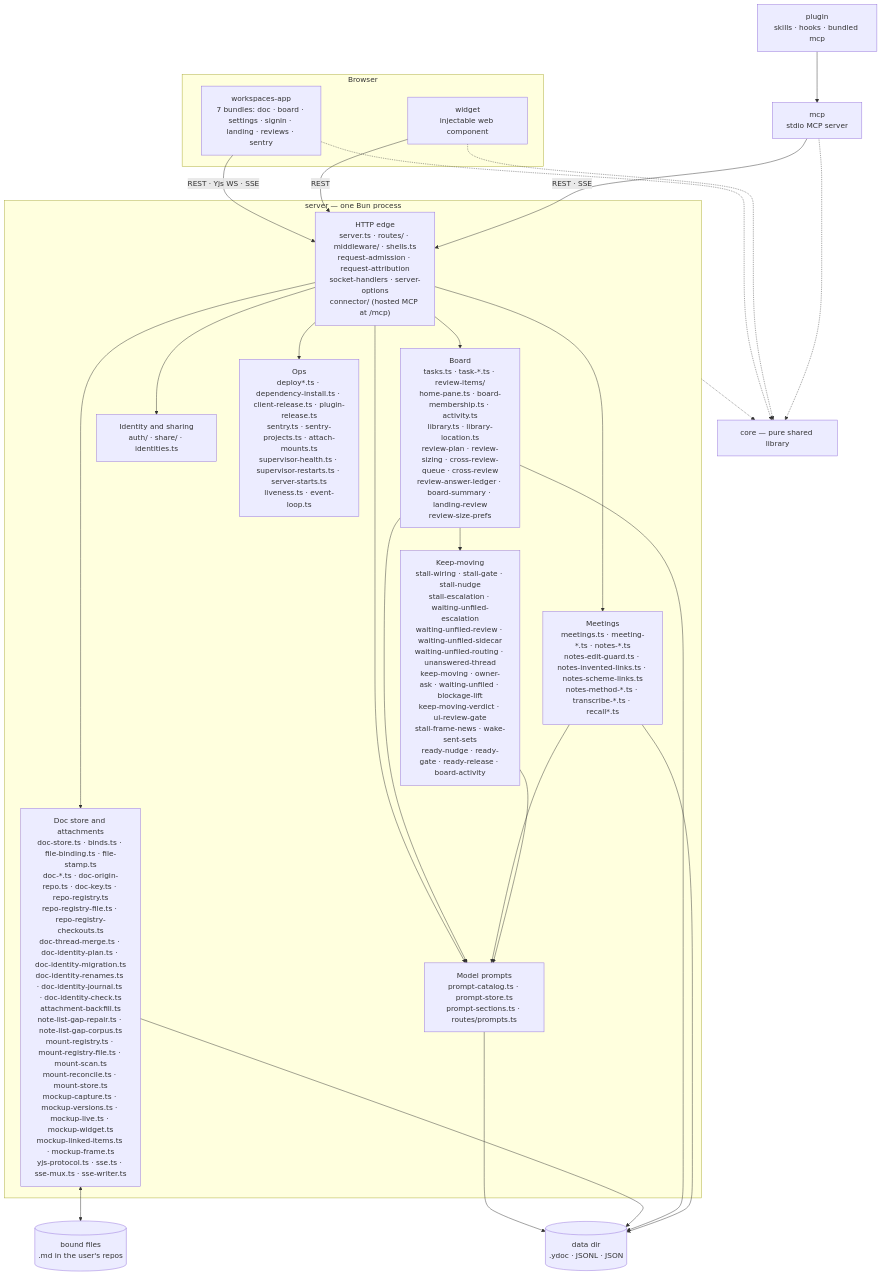
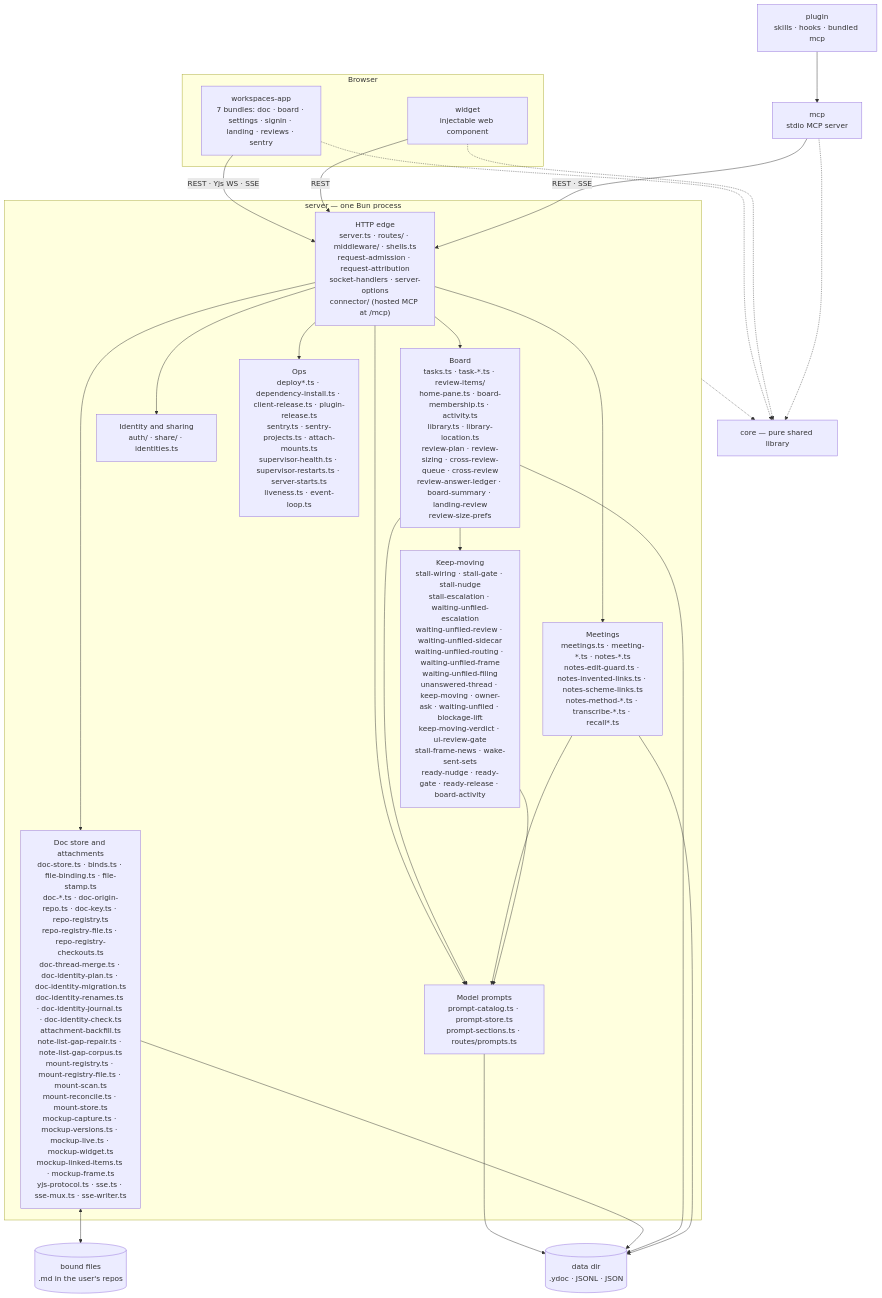
The first of 2 diagrams in docs/architecture/overview.md (fryanpan/claude-workspaces-plugin), drawn with Mermaid before and after one commit. The commit also changed other lines of this file and 34 other files, not shown here.

First line of the commit message:
A row a person owns with nothing filed reaches nobody, and the unfiled item is per board (#1124)

````diff
--- a/docs/architecture/overview.md
+++ b/docs/architecture/overview.md
@@ -45,35 +45,35 @@
 ```mermaid
 flowchart TB
   subgraph browser[Browser]
     app["workspaces-app<br/>7 bundles: doc · board · settings · signin · landing · reviews · sentry"]
     wid["widget<br/>injectable web component"]
   end
   plug["plugin<br/>skills · hooks · bundled mcp"]
   mcp["mcp<br/>stdio MCP server"]
   subgraph srv["server — one Bun process"]
     edge["HTTP edge<br/>server.ts · routes/ · middleware/ · shells.ts<br/>request-admission · request-attribution<br/>socket-handlers · server-options<br/>connector/ (hosted MCP at /mcp)"]
     docs["Doc store and attachments<br/>doc-store.ts · binds.ts · file-binding.ts · file-stamp.ts<br/>doc-*.ts · doc-origin-repo.ts · doc-key.ts · repo-registry.ts<br/>repo-registry-file.ts · repo-registry-checkouts.ts<br/>doc-thread-merge.ts · doc-identity-plan.ts · doc-identity-migration.ts<br/>doc-identity-renames.ts · doc-identity-journal.ts · doc-identity-check.ts<br/>attachment-backfill.ts<br/>note-list-gap-repair.ts · note-list-gap-corpus.ts<br/>mount-registry.ts · mount-registry-file.ts · mount-scan.ts<br/>mount-reconcile.ts · mount-store.ts<br/>mockup-capture.ts · mockup-versions.ts · mockup-live.ts · mockup-widget.ts<br/>mockup-linked-items.ts · mockup-frame.ts<br/>yjs-protocol.ts · sse.ts · sse-mux.ts · sse-writer.ts"]
     board["Board<br/>tasks.ts · task-*.ts · review-items/<br/>home-pane.ts · board-membership.ts · activity.ts<br/>library.ts · library-location.ts<br/>review-plan · review-sizing · cross-review-queue · cross-review<br/>review-answer-ledger · board-summary · landing-review<br/>review-size-prefs"]
     meet["Meetings<br/>meetings.ts · meeting-*.ts · notes-*.ts<br/>notes-edit-guard.ts · notes-invented-links.ts · notes-scheme-links.ts<br/>notes-method-*.ts · transcribe-*.ts · recall*.ts"]
-    keep["Keep-moving<br/>stall-wiring · stall-gate · stall-nudge<br/>stall-escalation · waiting-unfiled-escalation<br/>waiting-unfiled-review · waiting-unfiled-sidecar<br/>waiting-unfiled-routing · unanswered-thread<br/>keep-moving · owner-ask · waiting-unfiled · blockage-lift<br/>keep-moving-verdict · ui-review-gate<br/>stall-frame-news · wake-sent-sets<br/>ready-nudge · ready-gate · ready-release · board-activity"]
+    keep["Keep-moving<br/>stall-wiring · stall-gate · stall-nudge<br/>stall-escalation · waiting-unfiled-escalation<br/>waiting-unfiled-review · waiting-unfiled-sidecar<br/>waiting-unfiled-routing · waiting-unfiled-frame<br/>waiting-unfiled-filing<br/>unanswered-thread · keep-moving · owner-ask · waiting-unfiled · blockage-lift<br/>keep-moving-verdict · ui-review-gate<br/>stall-frame-news · wake-sent-sets<br/>ready-nudge · ready-gate · ready-release · board-activity"]
     ident["Identity and sharing<br/>auth/ · share/ · identities.ts"]
     prompts["Model prompts<br/>prompt-catalog.ts · prompt-store.ts<br/>prompt-sections.ts · routes/prompts.ts"]
     ops["Ops<br/>deploy*.ts · dependency-install.ts · client-release.ts · plugin-release.ts<br/>sentry.ts · sentry-projects.ts · attach-mounts.ts<br/>supervisor-health.ts · supervisor-restarts.ts · server-starts.ts<br/>liveness.ts · event-loop.ts"]
   end
   core["core — pure shared library"]
   disk[("data dir<br/>.ydoc · JSONL · JSON")]
   files[("bound files<br/>.md in the user's repos")]
 
   app -->|"REST · Yjs WS · SSE"| edge
   wid -->|REST| edge
   plug --> mcp
   mcp -->|"REST · SSE"| edge
   edge --> docs & board & meet & ident & ops & prompts
   board & meet & keep --> prompts
   prompts --> disk
   board --> keep
   docs <--> files
   docs & board & meet --> disk
   app & wid & mcp -.-> core
   srv -.-> core
 ```
````
